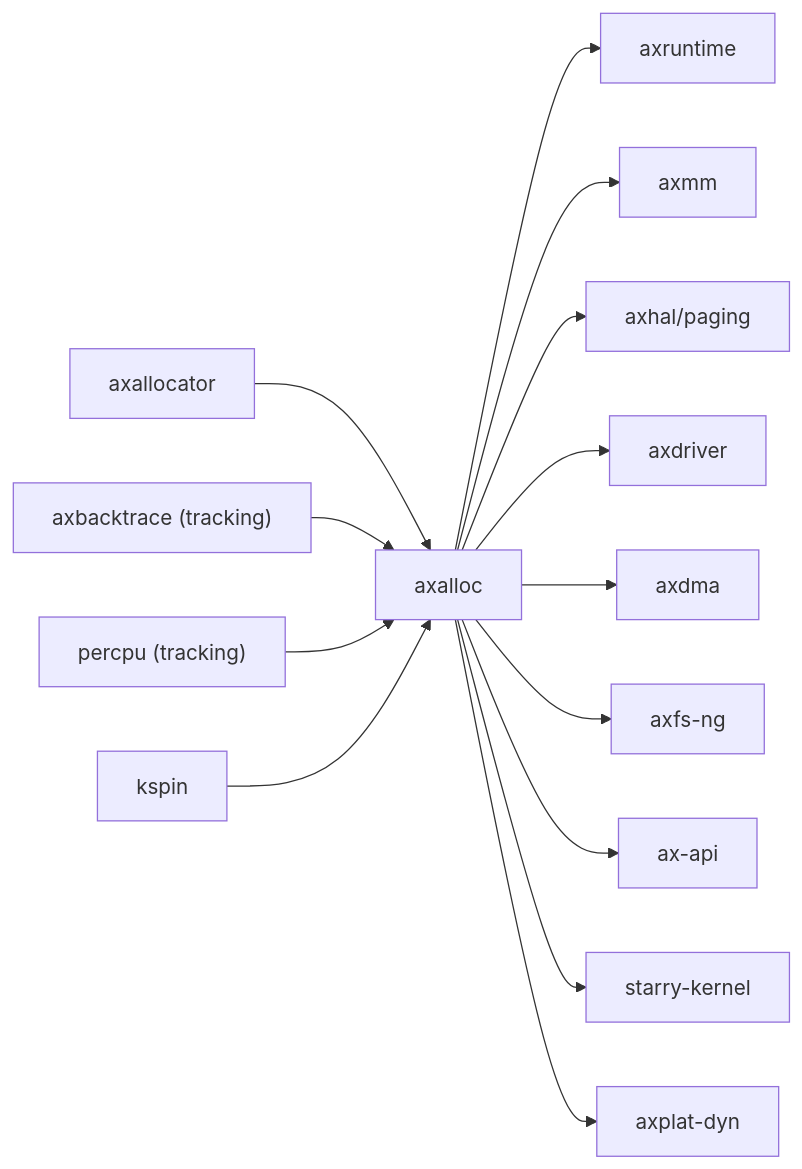
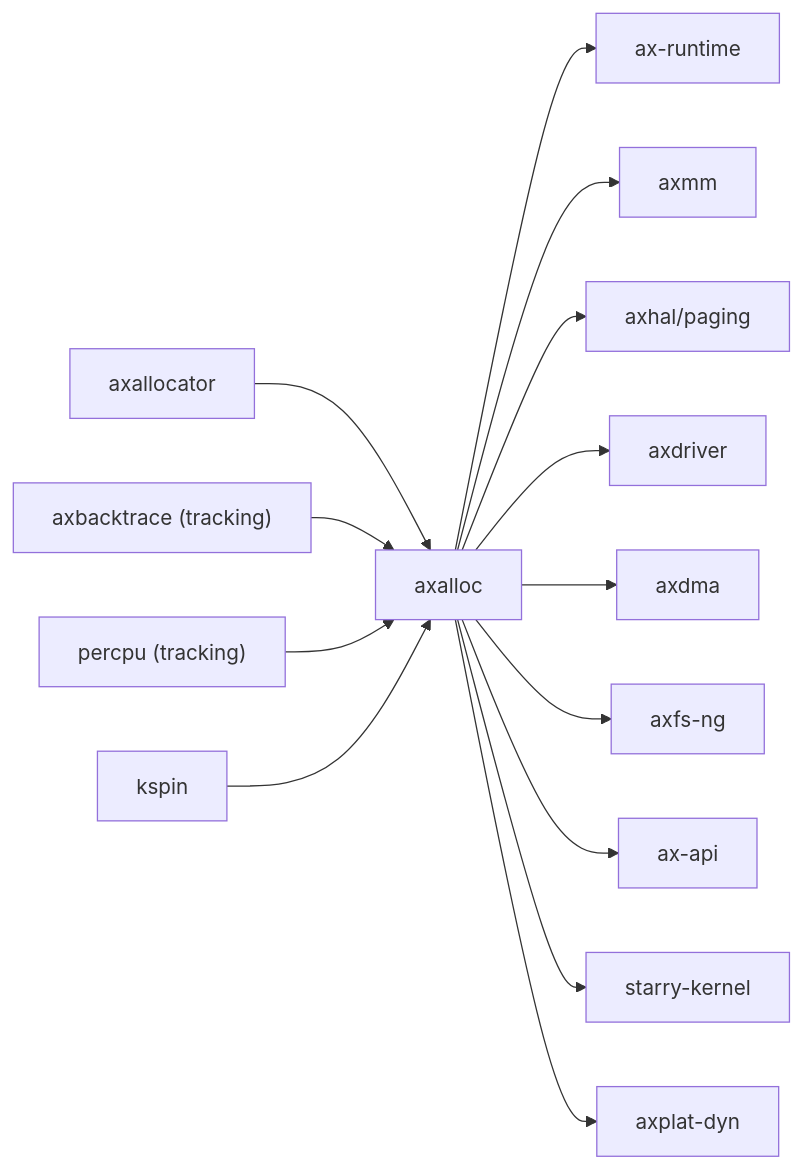
Before and after one commit to zKurisu/tgoskits: the second of 2 diagrams in docs/crates/axalloc.md, drawn with Mermaid. The commit also changed other lines of this file and 69 other files, not shown here.

Commit message:
rename axruntime to ax-runtime

````diff
--- a/docs/crates/axalloc.md
+++ b/docs/crates/axalloc.md
@@ -82,17 +82,17 @@
 ```mermaid
 graph LR
     axallocator["axallocator"] --> axalloc["axalloc"]
     axbacktrace["axbacktrace (tracking)"] --> axalloc
     percpu["percpu (tracking)"] --> axalloc
     kspin["kspin"] --> axalloc
 
-    axalloc --> axruntime["axruntime"]
+    axalloc --> ax-runtime["ax-runtime"]
     axalloc --> axmm["axmm"]
     axalloc --> axhal["axhal/paging"]
     axalloc --> axdriver["axdriver"]
     axalloc --> axdma["axdma"]
     axalloc --> axfsng["axfs-ng"]
     axalloc --> ax-api["ax-api"]
     axalloc --> starry_kernel["starry-kernel"]
     axalloc --> axplat_dyn["axplat-dyn"]
 ```
````
